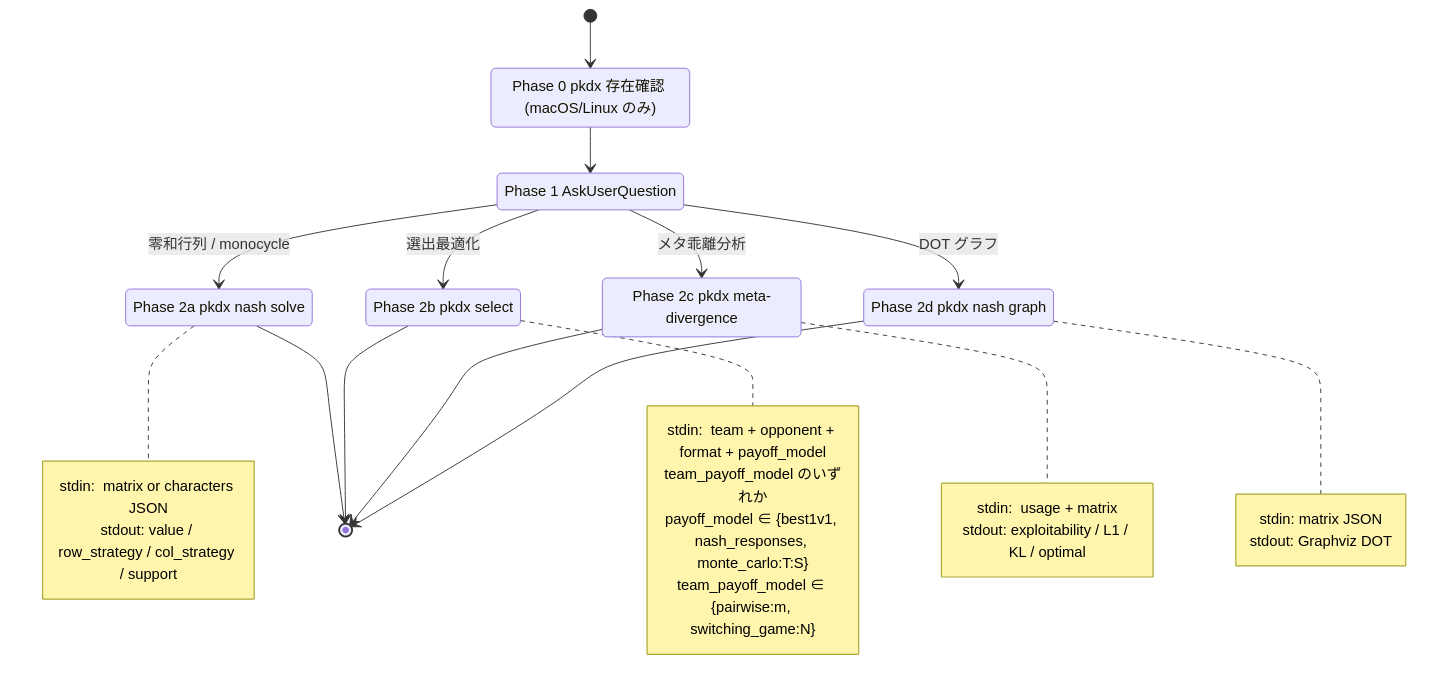
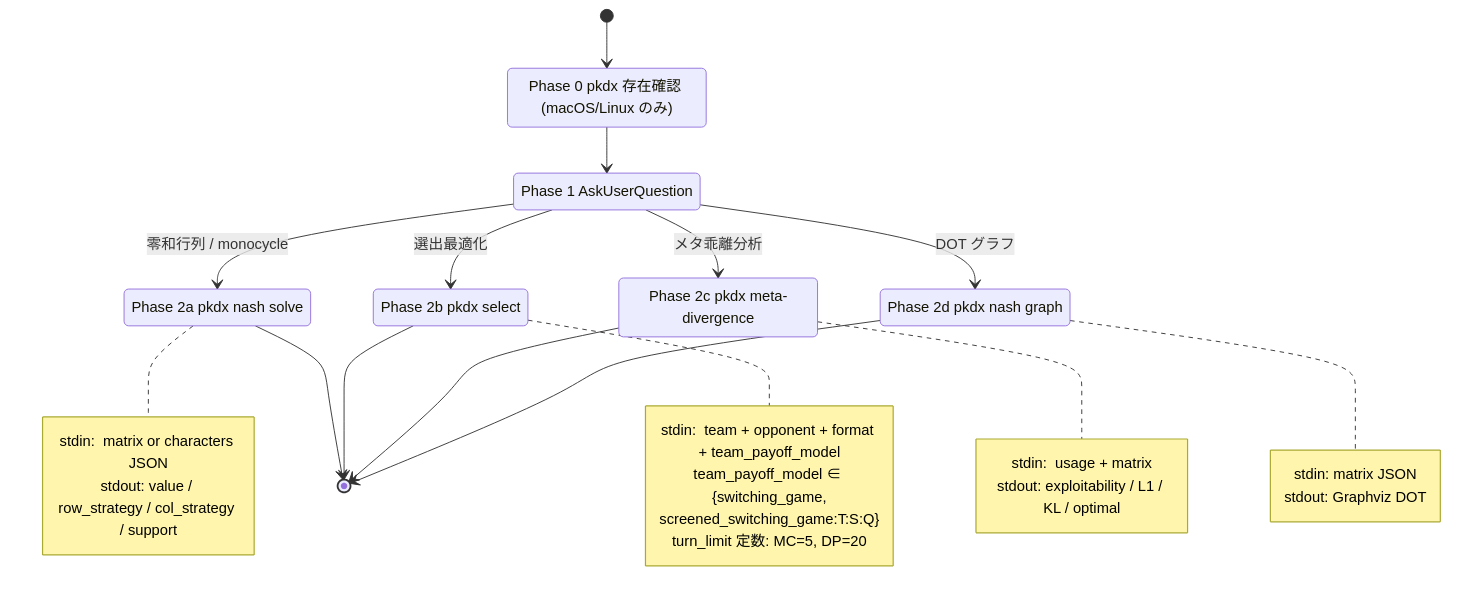
One commit to ham0806/pkdx changed the fourth of 9 diagrams in .claude/architecture.md. Above: the diagram before and after it, drawn with Mermaid. The commit also changed other lines of this file and 25 other files, not shown here.

First line of the commit message:
feat(payoff): screened switching game + retire pairwise models (#43)

````diff
--- a/.claude/architecture.md
+++ b/.claude/architecture.md
@@ -175,42 +175,42 @@
 ```mermaid
 stateDiagram-v2
   [*] --> N0
   N0: Phase 0 pkdx 存在確認 (macOS/Linux のみ)
   N0 --> N1
 
   N1: Phase 1 AskUserQuestion
   N1 --> NS: 零和行列 / monocycle
   N1 --> SEL: 選出最適化
   N1 --> MD: メタ乖離分析
   N1 --> GR: DOT グラフ
 
   NS: Phase 2a pkdx nash solve
   note right of NS
     stdin:  matrix or characters JSON
     stdout: value / row_strategy / col_strategy / support
   end note
   NS --> [*]
 
   SEL: Phase 2b pkdx select
   note right of SEL
-    stdin:  team + opponent + format + payoff_model
-      team_payoff_model のいずれか
-    payoff_model ∈ {best1v1, nash_responses, monte_carlo:T:S}
-    team_payoff_model ∈ {pairwise:m, switching_game:N}
+    stdin:  team + opponent + format + team_payoff_model
+    team_payoff_model ∈ {switching_game,
+      screened_switching_game:T:S:Q}
+    turn_limit 定数: MC=5, DP=20
   end note
   SEL --> [*]
 
   MD: Phase 2c pkdx meta-divergence
   note right of MD
     stdin:  usage + matrix
     stdout: exploitability / L1 / KL / optimal
   end note
   MD --> [*]
 
   GR: Phase 2d pkdx nash graph
   note right of GR
     stdin:  matrix JSON
     stdout: Graphviz DOT
   end note
   GR --> [*]
 ```
````
